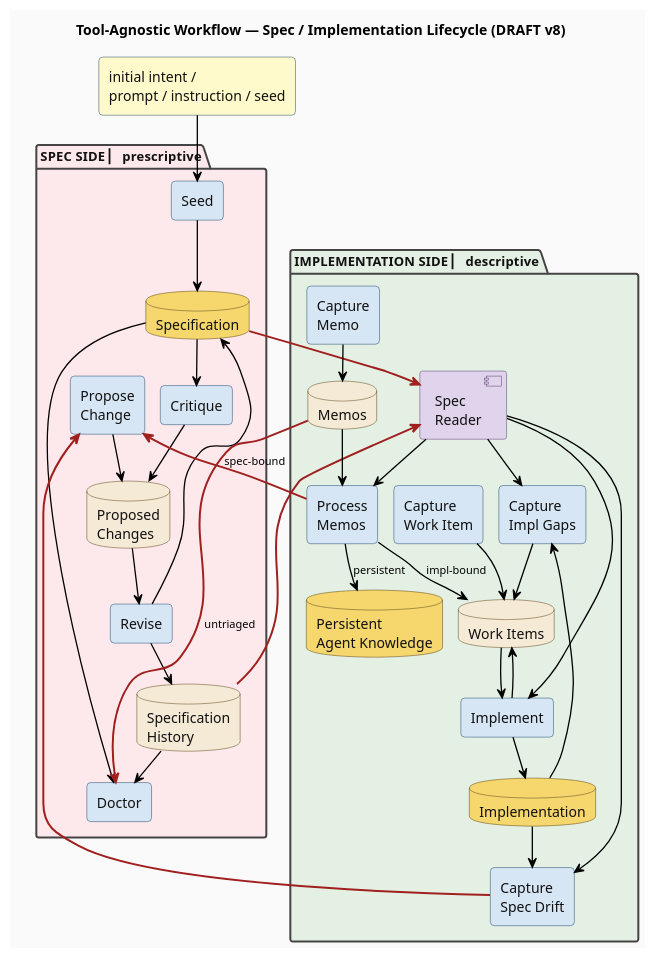
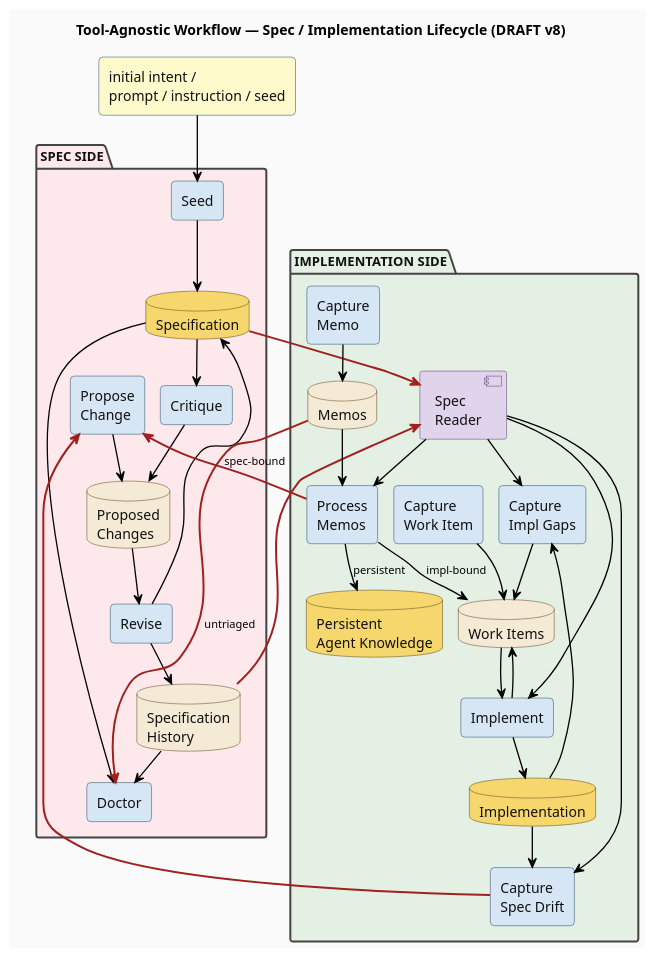
Before and after one commit to thewoolleyman/livespec: the diagram in research/workflow-processes/diagrams/draft-tool-agnostic-workflow.plantuml, drawn with PlantUML. The commit also changed 2 other files, not shown here.

```diff
--- a/research/workflow-processes/diagrams/draft-tool-agnostic-workflow.plantuml
+++ b/research/workflow-processes/diagrams/draft-tool-agnostic-workflow.plantuml
@@ -1,152 +1,152 @@
 @startuml draft-tool-agnostic-workflow
 title Tool-Agnostic Workflow — Spec / Implementation Lifecycle (DRAFT v8)
 
 ' Container approach: package shapes for SPEC SIDE and
 ' IMPLEMENTATION SIDE. Accepts PlantUML's default side-by-side
 ' container layout in exchange for clean visual grouping that
 ' the v4-v7 flat-layout approach couldn't provide.
 '
 ' v8 = v7 content + package containers:
 ' - Single input box (no actor figures)
 ' - Spec → Capture Spec Drift edge included
 ' - Pure black arrows, dark fonts everywhere
 ' - Container packages do the spec/impl grouping (no separate
 '   SPEC SIDE / IMPLEMENTATION SIDE label boxes; no WALL element)
 
 skinparam defaultFontName Helvetica
 skinparam shadowing false
 skinparam BackgroundColor #fafafa
 skinparam ArrowColor #000000
 skinparam ArrowFontColor #000000
 skinparam ArrowFontSize 11
 skinparam ArrowThickness 1.3
 skinparam nodesep 16
 skinparam ranksep 26
 hide stereotype
 
 skinparam package {
   FontColor #111
   FontSize 13
   FontStyle bold
   BorderColor #444
   BorderThickness 2
 }
 
 skinparam rectangle {
   BackgroundColor #d6e6f5
   BorderColor #1f4768
   FontColor #111
   RoundCorner 8
 }
 
 skinparam database {
   BackgroundColor #f5ead5
   BorderColor #5a4319
   FontColor #111
 }
 
 skinparam component {
   BackgroundColor #e0d4ec
   BorderColor #5a3a72
   FontColor #111
 }
 
 ' ============================================================
 ' EXTERNAL INPUT (replaces actors)
 ' ============================================================
 
 rectangle "initial intent /\nprompt / instruction / seed" as Input #fffacc
 
 ' ============================================================
 ' SPEC SIDE
 ' ============================================================
 
-package "SPEC SIDE  ▏ prescriptive" as SpecPkg #fde8ec {
+package "SPEC SIDE" as SpecPkg #fde8ec {
   rectangle "Seed" as Seed
   rectangle "Propose\nChange" as Propose
   rectangle "Critique" as Critique
   rectangle "Revise" as Revise
   rectangle "Doctor" as Doctor
 
   database "Specification" as Spec #f5d76e
   database "Proposed\nChanges" as PCQueue
   database "Specification\nHistory" as History
 }
 
 ' ============================================================
 ' IMPLEMENTATION SIDE
 ' ============================================================
 
-package "IMPLEMENTATION SIDE  ▏ descriptive" as ImplPkg #e3f0e3 {
+package "IMPLEMENTATION SIDE" as ImplPkg #e3f0e3 {
   rectangle "Capture\nImpl Gaps" as CaptureImplGaps
   rectangle "Capture\nWork Item" as CaptureWorkItem
   rectangle "Implement" as Implement
   rectangle "Capture\nSpec Drift" as CaptureSpecDrift
   rectangle "Capture\nMemo" as CaptureMemo
   rectangle "Process\nMemos" as ProcessMemos
 
   component "Spec\nReader" as SpecReader
 
   database "Implementation" as Impl #f5d76e
   database "Work Items" as WorkItems
   database "Memos" as Memos
   database "Persistent\nAgent Knowledge" as AgentKnowledge #f5d76e
 }
 
 ' ============================================================
 ' VISIBLE EDGES (data flow)
 ' ============================================================
 
 ' External input → Seed
 Input --> Seed
 
 ' Spec lifecycle
 Seed --> Spec
 Propose --> PCQueue
 PCQueue --> Revise
 Revise --> Spec
 Revise --> History
 Spec --> Critique
 Critique --> PCQueue
 Spec --> Doctor
 History --> Doctor
 
 ' Cross-boundary: SPEC SIDE → Spec Reader (unified read access)
 Spec -[#a02020,thickness=2]-> SpecReader
 History -[#a02020,thickness=2]-> SpecReader
 
 ' Spec Reader → impl-side consumers
 SpecReader --> CaptureImplGaps
 SpecReader --> CaptureSpecDrift
 SpecReader --> Implement
 SpecReader --> ProcessMemos
 
 ' Impl gap lifecycle
 Impl --> CaptureImplGaps
 CaptureImplGaps --> WorkItems
 WorkItems --> Implement
 Implement --> Impl
 Implement --> WorkItems
 
 ' Direct work item filing (freeform, no gap-id)
 CaptureWorkItem --> WorkItems
 
 ' Spec-drift detection
 Impl --> CaptureSpecDrift
 
 ' Cross-boundary: IMPL → SPEC (drift findings)
 CaptureSpecDrift -[#a02020,thickness=2]-> Propose
 
 ' Memo lifecycle
 CaptureMemo --> Memos
 Memos --> ProcessMemos
 ProcessMemos --> WorkItems : impl-bound
 ProcessMemos --> AgentKnowledge : persistent
 
 ' Cross-boundary: IMPL → SPEC (spec-bound memo)
 ProcessMemos -[#a02020,thickness=2]-> Propose : spec-bound
 
 ' Cross-boundary: IMPL → SPEC (doctor hygiene query)
 Memos -[#a02020,thickness=2]-> Doctor : untriaged
 
 @enduml
```
